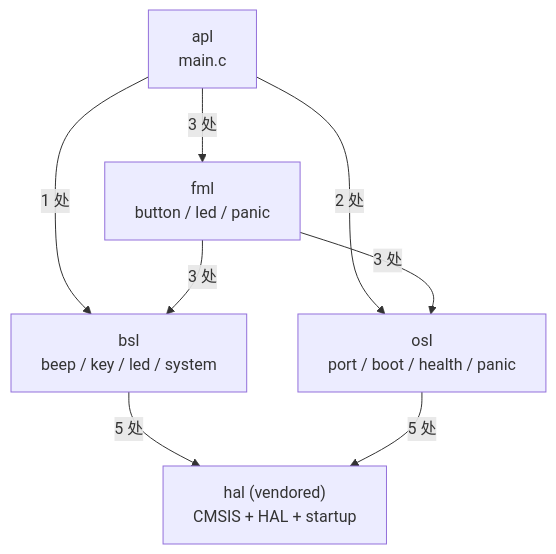
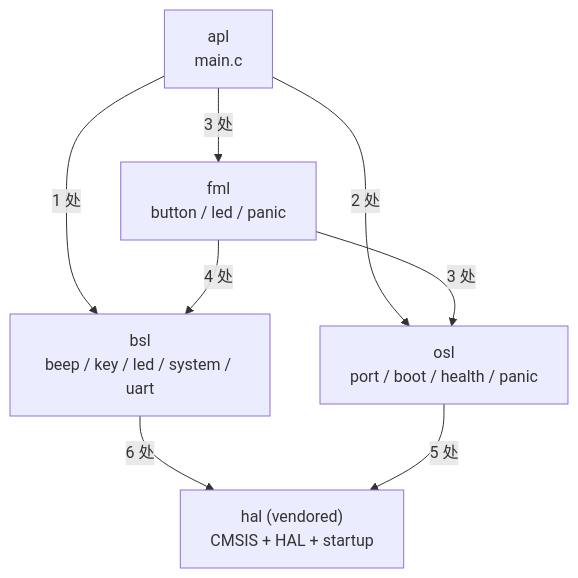
The first of 3 diagrams in doc/design/系统设计.md (wanglinchen/stm32_freertos), drawn with Mermaid before and after one commit. The commit also changed other lines of this file and 42 other files, not shown here.

````diff
--- a/doc/design/系统设计.md
+++ b/doc/design/系统设计.md
@@ -100,16 +100,16 @@
 ```mermaid
 graph TB
     APL["apl<br/>main.c"]
     FML["fml<br/>button / led / panic"]
-    BSL["bsl<br/>beep / key / led / system"]
+    BSL["bsl<br/>beep / key / led / system / uart"]
     OSL["osl<br/>port / boot / health / panic"]
     HAL["hal (vendored)<br/>CMSIS + HAL + startup"]
 
     APL -->|"3 处"| FML
     APL -->|"1 处"| BSL
     APL -->|"2 处"| OSL
-    FML -->|"3 处"| BSL
+    FML -->|"4 处"| BSL
     FML -->|"3 处"| OSL
-    BSL -->|"5 处"| HAL
+    BSL -->|"6 处"| HAL
     OSL -->|"5 处"| HAL
 ```
````
